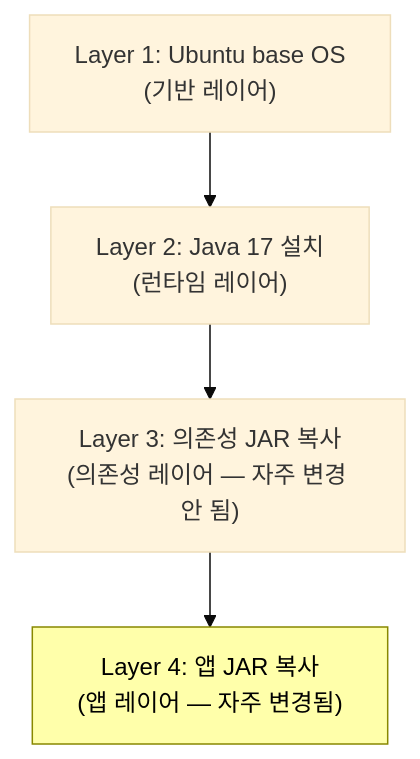
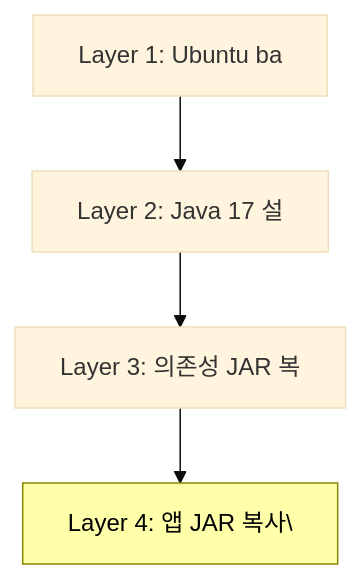
Before and after one commit to yjkim2015/yjkim2015.github.io: the second of 2 diagrams in _posts/cloud/2026-05-01-docker.md, drawn with Mermaid (base theme). The commit also changed other lines of this file and 271 other files, not shown here.

First line of the commit message:
Mermaid 라벨 축소: 긴 노드 텍스트 18자 이하로 트림 + \n 제거

````diff
--- a/_posts/cloud/2026-05-01-docker.md
+++ b/_posts/cloud/2026-05-01-docker.md
@@ -43,9 +43,9 @@
 ```mermaid
 graph TD
-    L1["Layer 1: Ubuntu base OS\n(기반 레이어)"]
-    L2["Layer 2: Java 17 설치\n(런타임 레이어)"]
-    L3["Layer 3: 의존성 JAR 복사\n(의존성 레이어 — 자주 변경 안 됨)"]
-    L4["Layer 4: 앱 JAR 복사\n(앱 레이어 — 자주 변경됨)"]
+    L1["Layer 1: Ubuntu ba"]
+    L2["Layer 2: Java 17 설"]
+    L3["Layer 3: 의존성 JAR 복"]
+    L4["Layer 4: 앱 JAR 복사\"]
     L1 --> L2 --> L3 --> L4
     style L4 fill:#ffa,stroke:#880,color:#000
 ```
````
